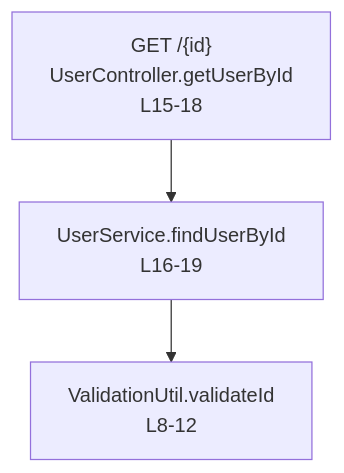
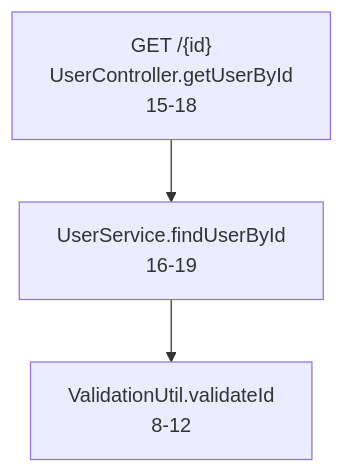
The diagram in README.md (yiyuanjuhua/code_navigator), drawn with Mermaid before and after one commit. The commit also changed other lines of this file and 5 other files, not shown here.

````diff
--- a/README.md
+++ b/README.md
@@ -60,8 +60,8 @@
    ```mermaid
    graph TD
-       node0["GET /{id}\nUserController.getUserById\nL15-18"]
-       node1["UserService.findUserById\nL16-19"]
-       node2["ValidationUtil.validateId\nL8-12"]
+       node0["GET /{id}\nUserController.getUserById\n15-18"]
+       node1["UserService.findUserById\n16-19"]
+       node2["ValidationUtil.validateId\n8-12"]
        node0 --> node1
        node1 --> node2
    ```
````
